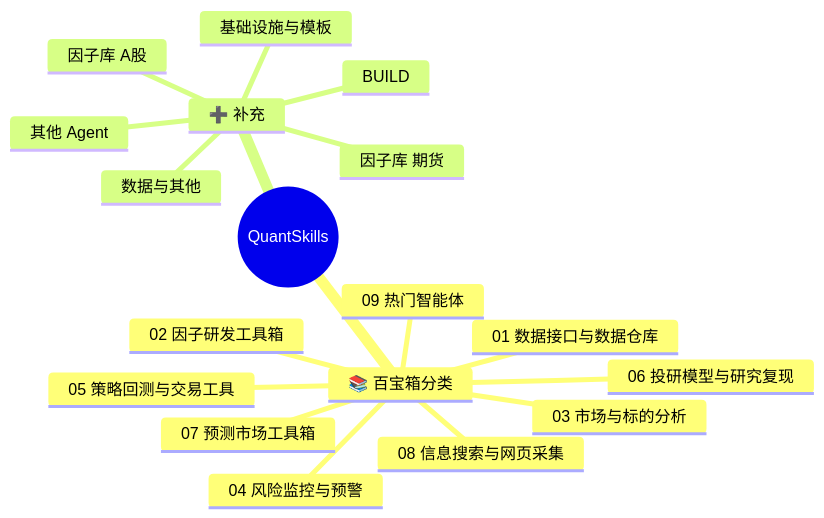
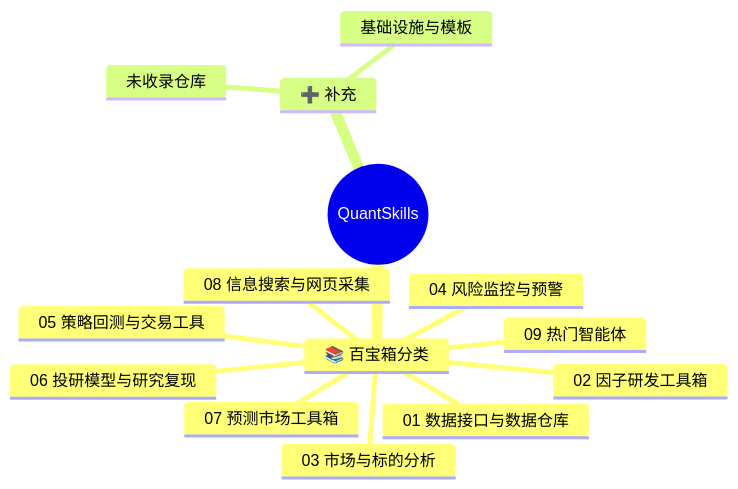
Before and after one commit to quantskills/quantskills: the diagram in README.md, drawn with Mermaid. The commit also changed other lines of this file and 3 other files, not shown here.

````diff
--- a/README.md
+++ b/README.md
@@ -14,21 +14,17 @@
 ```mermaid
 mindmap
   root((QuantSkills))
     📚 百宝箱分类
       01 数据接口与数据仓库
       02 因子研发工具箱
       03 市场与标的分析
       04 风险监控与预警
       05 策略回测与交易工具
       06 投研模型与研究复现
       07 预测市场工具箱
       08 信息搜索与网页采集
       09 热门智能体
     ➕ 补充
-      因子库 A股
-      因子库 期货
-      BUILD
-      其他 Agent
-      数据与其他
+      未收录仓库
       基础设施与模板
 ```
````
